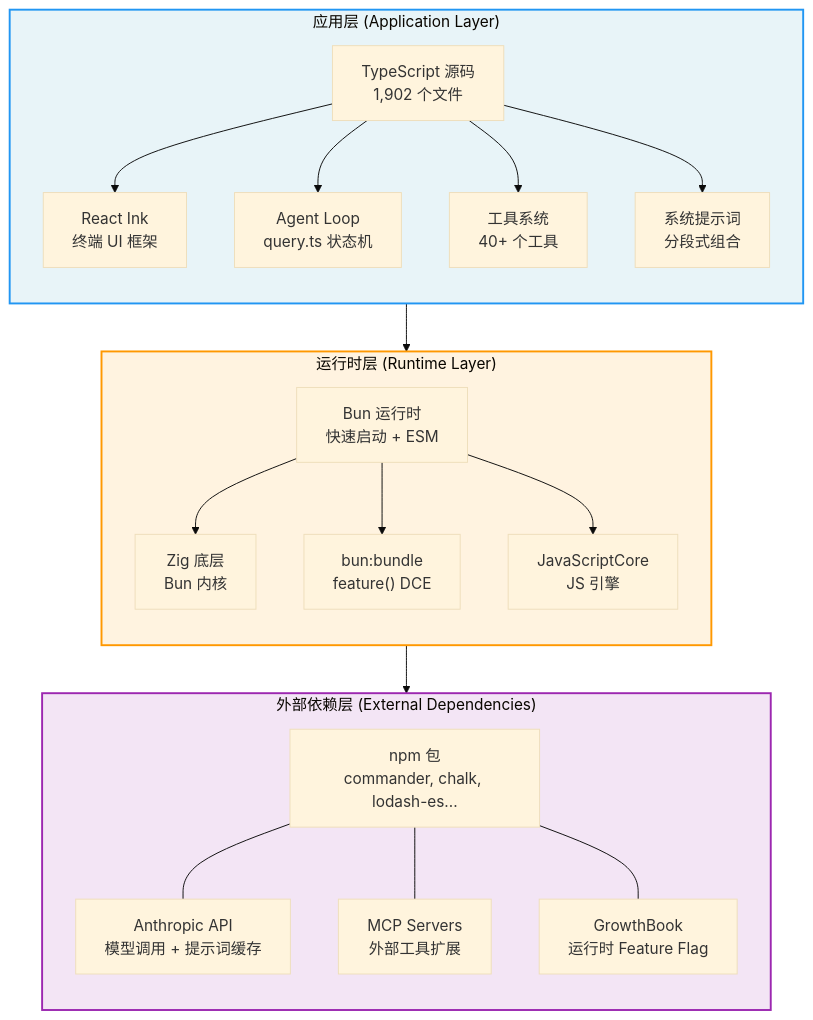
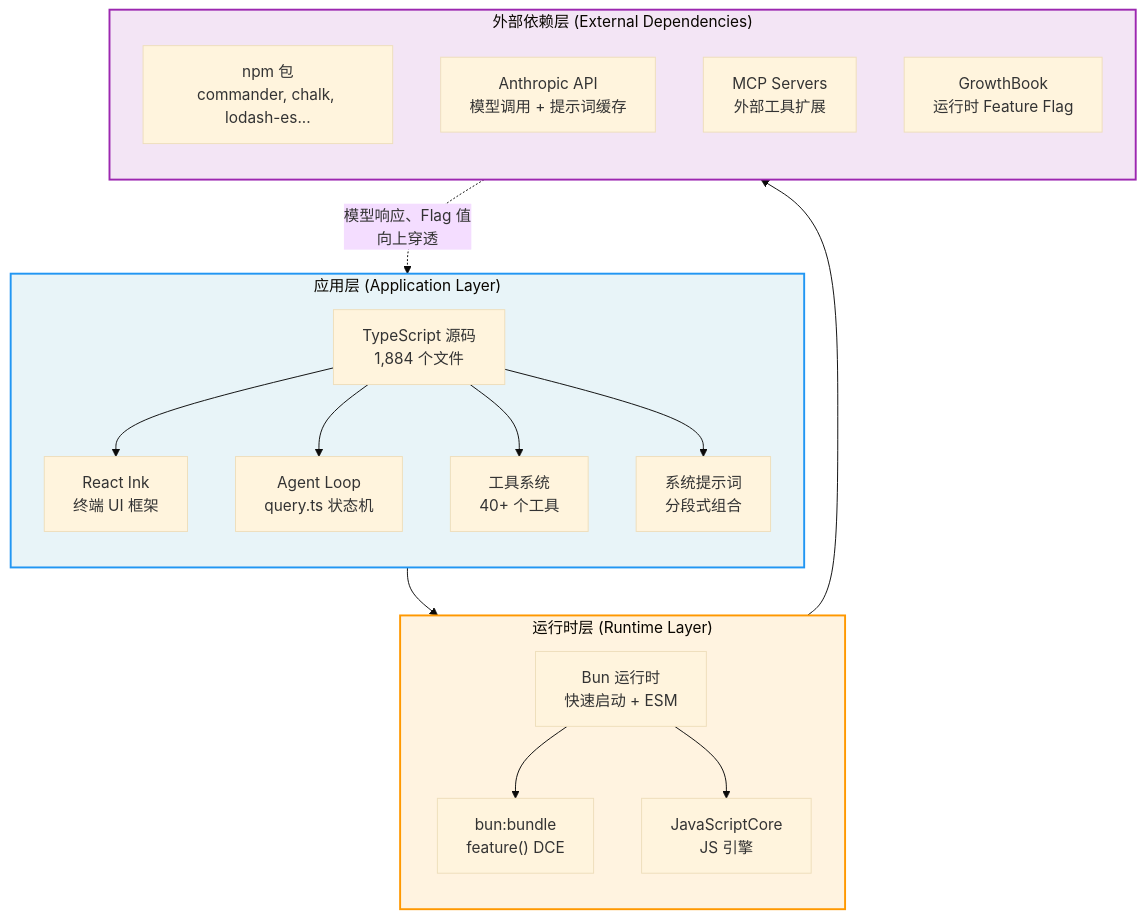
Before and after one commit to read-x/harness-engineering-from-cc-to-ai-coding: the second of 2 diagrams in book/src/part1/ch01.md, drawn with Mermaid (base theme). The commit also changed other lines of this file, not shown here.

````diff
--- a/book/src/part1/ch01.md
+++ b/book/src/part1/ch01.md
@@ -103,47 +127,42 @@
 ```mermaid
 graph TB
     subgraph L1["应用层 (Application Layer)"]
         direction TB
-        TS["TypeScript 源码<br/>1,902 个文件"]
+        TS["TypeScript 源码<br/>1,884 个文件"]
         RI["React Ink<br/>终端 UI 框架"]
         AL["Agent Loop<br/>query.ts 状态机"]
         TL["工具系统<br/>40+ 个工具"]
         SP["系统提示词<br/>分段式组合"]
 
         TS --> RI
         TS --> AL
         TS --> TL
         TS --> SP
     end
 
     subgraph L2["运行时层 (Runtime Layer)"]
         direction TB
         BUN["Bun 运行时<br/>快速启动 + ESM"]
-        ZIG["Zig 底层<br/>Bun 内核"]
         BB["bun:bundle<br/>feature() DCE"]
         JSC["JavaScriptCore<br/>JS 引擎"]
 
-        BUN --> ZIG
         BUN --> BB
         BUN --> JSC
     end
 
     subgraph L3["外部依赖层 (External Dependencies)"]
         direction TB
         NPM["npm 包<br/>commander, chalk, lodash-es..."]
         API["Anthropic API<br/>模型调用 + 提示词缓存"]
-        MCP["MCP Servers<br/>外部工具扩展"]
+        MCP_S["MCP Servers<br/>外部工具扩展"]
         GB["GrowthBook<br/>运行时 Feature Flag"]
-
-        NPM --- API
-        NPM --- MCP
-        NPM --- GB
     end
 
     L1 --> L2
     L2 --> L3
+    L3 -.->|"模型响应、Flag 值<br/>向上穿透"| L1
 
     style L1 fill:#e8f4f8,stroke:#2196F3,stroke-width:2px
     style L2 fill:#fff3e0,stroke:#FF9800,stroke-width:2px
     style L3 fill:#f3e5f5,stroke:#9C27B0,stroke-width:2px
 ```
````
